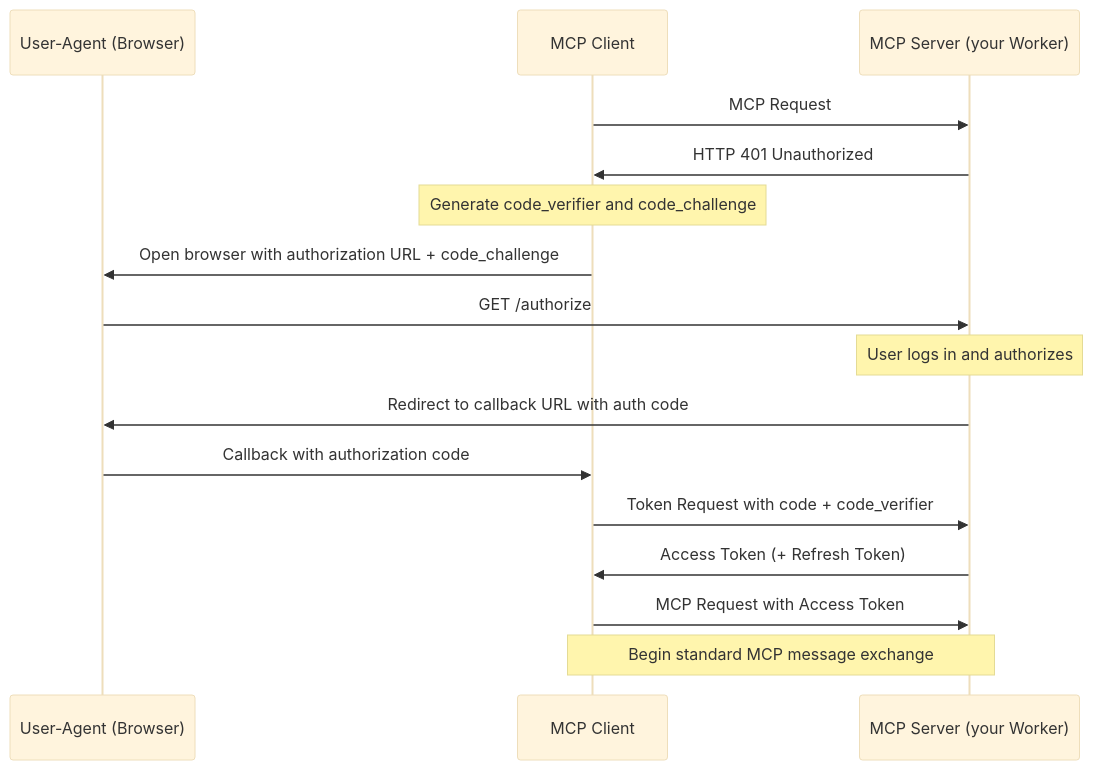
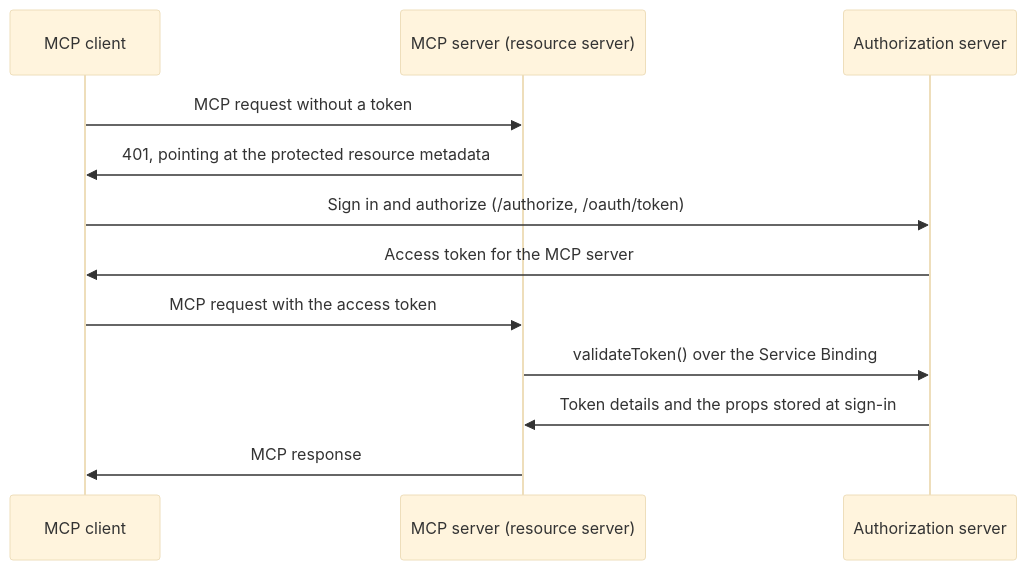
The diagram in src/content/docs/agents/model-context-protocol/protocol/authorization.mdx (cloudflare/cloudflare-docs), drawn with Mermaid (base theme) before and after one commit. The commit also changed other lines of this file and 6 other files, not shown here.

First line of the commit message:
[Agents] Document MCP auth with the Workers OAuth Provider 1.x split API

````diff
--- a/src/content/docs/agents/model-context-protocol/protocol/authorization.mdx
+++ b/src/content/docs/agents/model-context-protocol/protocol/authorization.mdx
@@ -166,19 +29,15 @@
 ```mermaid
 sequenceDiagram
-    participant B as User-Agent (Browser)
-    participant C as MCP Client
-    participant M as MCP Server (your Worker)
+    participant C as MCP client
+    participant M as MCP server (resource server)
+    participant A as Authorization server
 
-    C->>M: MCP Request
-    M->>C: HTTP 401 Unauthorized
-    Note over C: Generate code_verifier and code_challenge
-    C->>B: Open browser with authorization URL + code_challenge
-    B->>M: GET /authorize
-    Note over M: User logs in and authorizes
-    M->>B: Redirect to callback URL with auth code
-    B->>C: Callback with authorization code
-    C->>M: Token Request with code + code_verifier
-    M->>C: Access Token (+ Refresh Token)
-    C->>M: MCP Request with Access Token
-    Note over C,M: Begin standard MCP message exchange
+    C->>M: MCP request without a token
+    M->>C: 401, pointing at the protected resource metadata
+    C->>A: Sign in and authorize (/authorize, /oauth/token)
+    A->>C: Access token for the MCP server
+    C->>M: MCP request with the access token
+    M->>A: validateToken() over the Service Binding
+    A->>M: Token details and the props stored at sign-in
+    M->>C: MCP response
 ```
````
